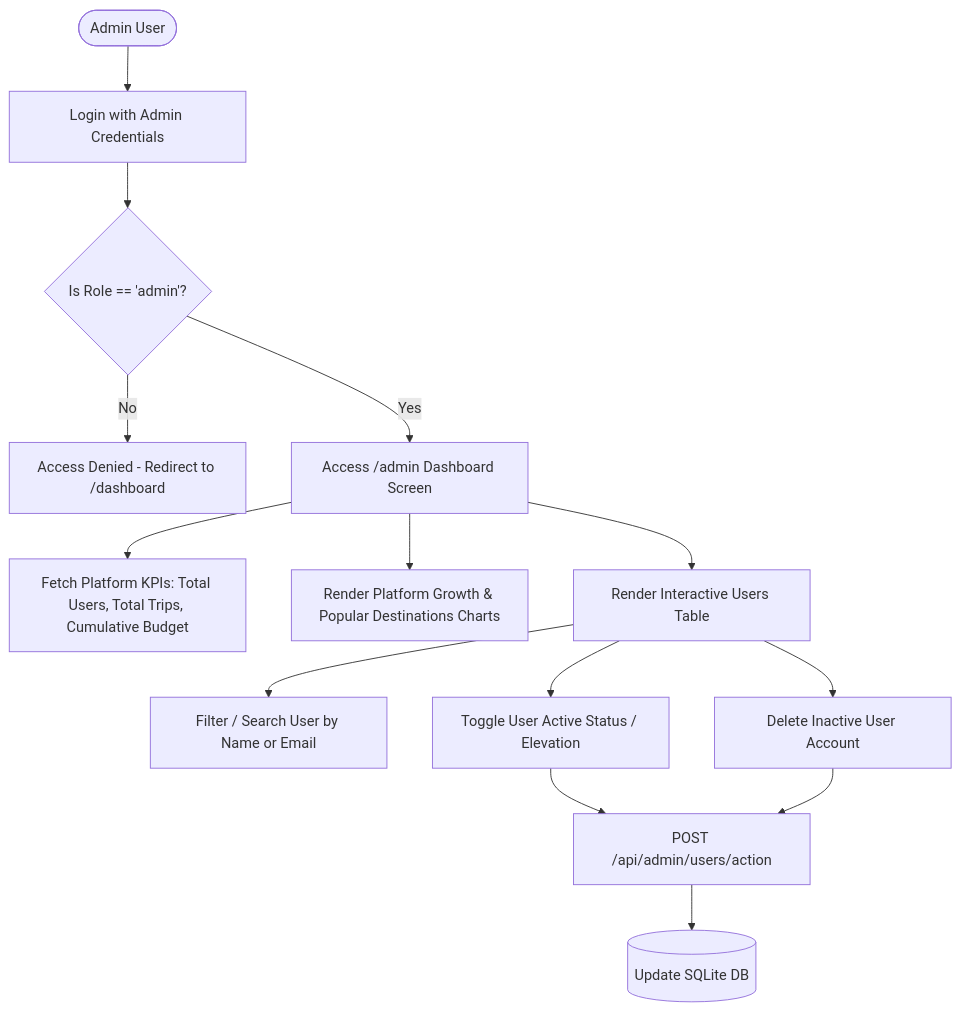
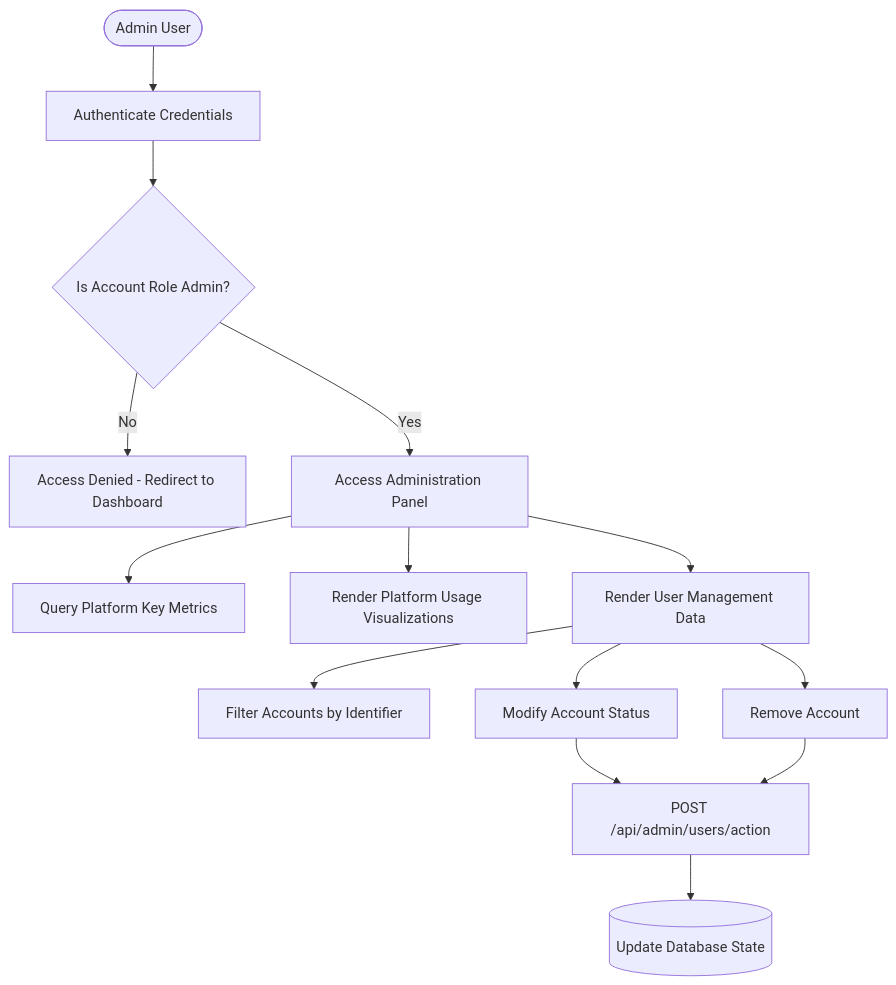
The fifth of 5 diagrams in FLOWCHART.md (anandK-S/GlobeTrotter), drawn with Mermaid before and after one commit. The commit also changed other lines of this file and 1 other file, not shown here.

Commit message:
docs: update architectural documentation and flowcharts for production submission

````diff
--- a/FLOWCHART.md
+++ b/FLOWCHART.md
@@ -155,18 +155,18 @@
 ```mermaid
 flowchart TD
-    AdminUser([Admin User]) --> Login[Login with Admin Credentials]
-    Login --> VerifyRole{Is Role == 'admin'?}
-    VerifyRole -- No --> Deny[Access Denied - Redirect to /dashboard]
-    VerifyRole -- Yes --> AdminDashboard[Access /admin Dashboard Screen]
+    AdminUser([Admin User]) --> Login[Authenticate Credentials]
+    Login --> VerifyRole{Is Account Role Admin?}
+    VerifyRole -- No --> Deny[Access Denied - Redirect to Dashboard]
+    VerifyRole -- Yes --> AdminDashboard[Access Administration Panel]
     
-    AdminDashboard --> MetricCards[Fetch Platform KPIs: Total Users, Total Trips, Cumulative Budget]
-    AdminDashboard --> Charts[Render Platform Growth & Popular Destinations Charts]
-    AdminDashboard --> UserTable[Render Interactive Users Table]
+    AdminDashboard --> MetricCards[Query Platform Key Metrics]
+    AdminDashboard --> Charts[Render Platform Usage Visualizations]
+    AdminDashboard --> UserTable[Render User Management Data]
     
-    UserTable --> SearchUser[Filter / Search User by Name or Email]
-    UserTable --> ToggleStatus[Toggle User Active Status / Elevation]
-    UserTable --> DeleteUser[Delete Inactive User Account]
+    UserTable --> SearchUser[Filter Accounts by Identifier]
+    UserTable --> ToggleStatus[Modify Account Status]
+    UserTable --> DeleteUser[Remove Account]
     
     ToggleStatus & DeleteUser --> API_AdminAction[POST /api/admin/users/action]
-    API_AdminAction --> UpdateDB[(Update SQLite DB)]
+    API_AdminAction --> UpdateDB[(Update Database State)]
 ```
````
